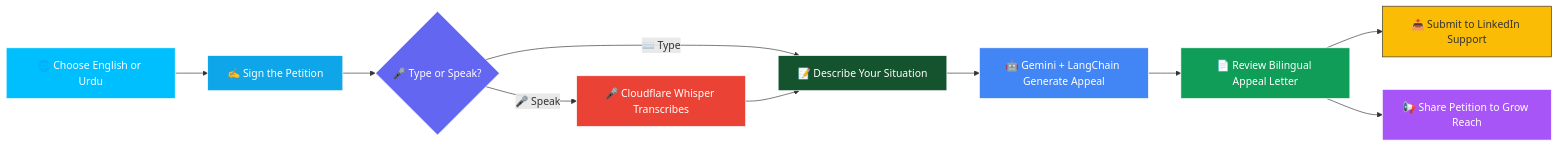
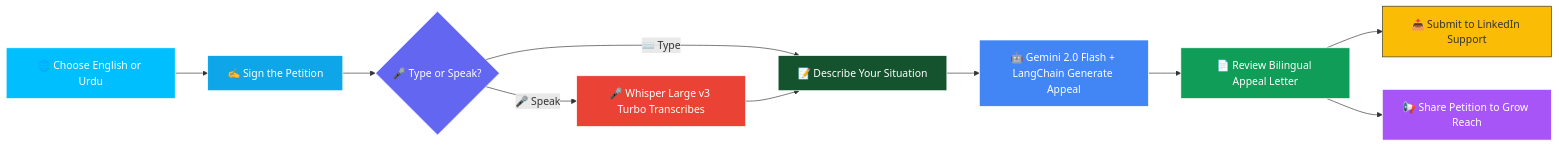
One commit to AbdulAzeemHashmi/Awaaz-Pakistan changed the diagram in README.md. Above: the diagram before and after it, drawn with Mermaid. The commit also changed other lines of this file, not shown here.

````diff
--- a/README.md
+++ b/README.md
@@ -109,22 +113,22 @@
 ```mermaid
 flowchart LR
     A[🌐 Choose English or Urdu] --> B[✍️ Sign the Petition]
     B --> C{🎤 Type or Speak?}
     C -->|⌨️ Type| D[📝 Describe Your Situation]
-    C -->|🎤 Speak| E[🎤 Cloudflare Whisper Transcribes]
+    C -->|🎤 Speak| E[🎤 Whisper Large v3 Turbo Transcribes]
     E --> D
-    D --> F[🤖 Gemini + LangChain Generate Appeal]
+    D --> F[🤖 Gemini 2.0 Flash + LangChain Generate Appeal]
     F --> G[📄 Review Bilingual Appeal Letter]
     G --> H[📤 Submit to LinkedIn Support]
     G --> I[📢 Share Petition to Grow Reach]
 
     style A fill:#00BFFF,stroke:#fff,color:#fff
     style B fill:#0ea5e9,stroke:#fff,color:#fff
     style C fill:#6366f1,stroke:#fff,color:#fff
     style D fill:#14532d,stroke:#fff,color:#fff
     style E fill:#EA4335,stroke:#fff,color:#fff
     style F fill:#4285F4,stroke:#fff,color:#fff
     style G fill:#0F9D58,stroke:#fff,color:#fff
     style H fill:#FBBC05,stroke:#333,color:#333
     style I fill:#a855f7,stroke:#fff,color:#fff
 ```
````
